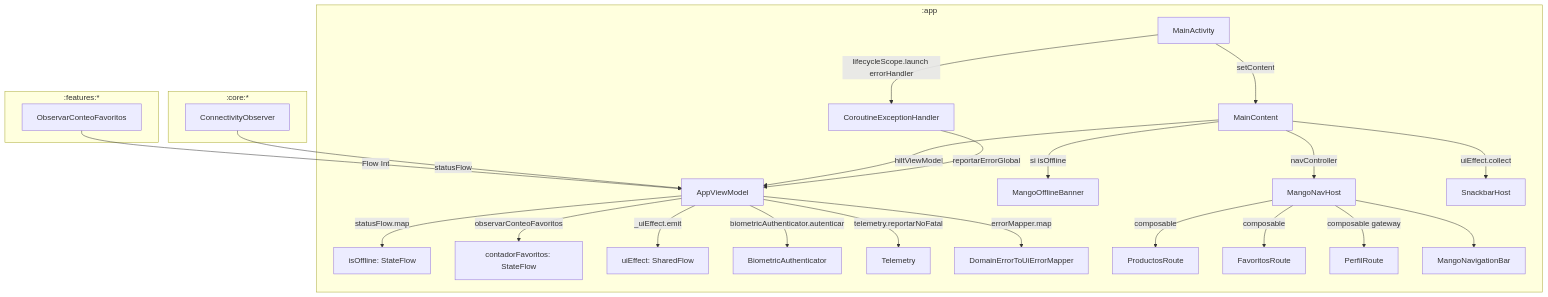
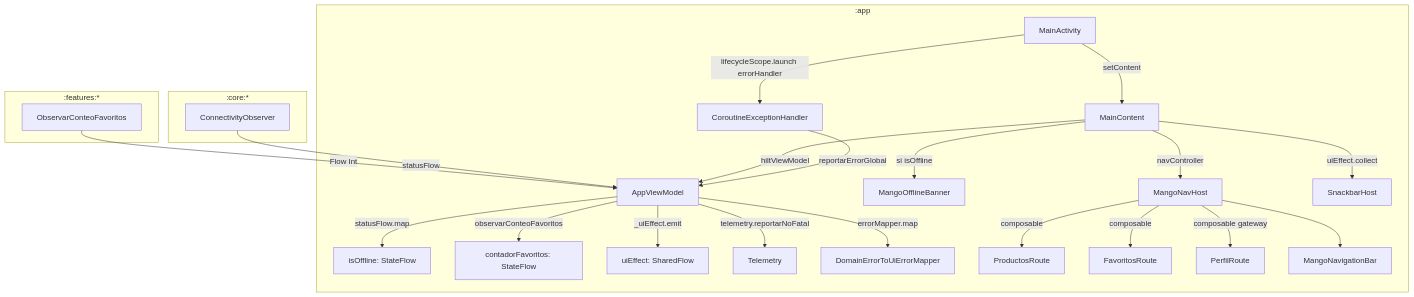
The diagram in app/docs/diseno.md (spanesso/android-fake-store-app), drawn with Mermaid before and after one commit. The commit also changed other lines of this file and 20 other files, not shown here.

````diff
--- a/app/docs/diseno.md
+++ b/app/docs/diseno.md
@@ -5,39 +5,37 @@
 ```mermaid
 flowchart TB
   subgraph app["`:app`"]
     MA[MainActivity] -->|setContent| MC[MainContent]
     MA -->|lifecycleScope.launch errorHandler| CEH[CoroutineExceptionHandler]
     CEH -->|reportarErrorGlobal| AVM[AppViewModel]
 
     MC -->|hiltViewModel| AVM
     MC -->|si isOffline| OB[MangoOfflineBanner]
     MC -->|navController| MNH[MangoNavHost]
     MC -->|uiEffect.collect| SN[SnackbarHost]
 
     AVM -->|statusFlow.map| ISO[isOffline: StateFlow]
     AVM -->|observarConteoFavoritos| CF[contadorFavoritos: StateFlow]
     AVM -->|_uiEffect.emit| UE[uiEffect: SharedFlow]
-    AVM -->|biometricAuthenticator.autenticar| BA[BiometricAuthenticator]
     AVM -->|telemetry.reportarNoFatal| TEL[Telemetry]
     AVM -->|errorMapper.map| EM[DomainErrorToUiErrorMapper]
 
     MNH -->|composable| PR[ProductosRoute]
     MNH -->|composable| FR[FavoritosRoute]
     MNH -->|composable gateway| PER[PerfilRoute]
     MNH --> BNB[MangoNavigationBar]
   end
 
   subgraph core["`:core:*`"]
     CO[ConnectivityObserver] -->|statusFlow| AVM
-    BA
     TEL
     EM
   end
 
   subgraph features["`:features:*`"]
     PR
     FR
     PER
     OFav[ObservarConteoFavoritos] -->|Flow Int| AVM
   end
 ```
````
